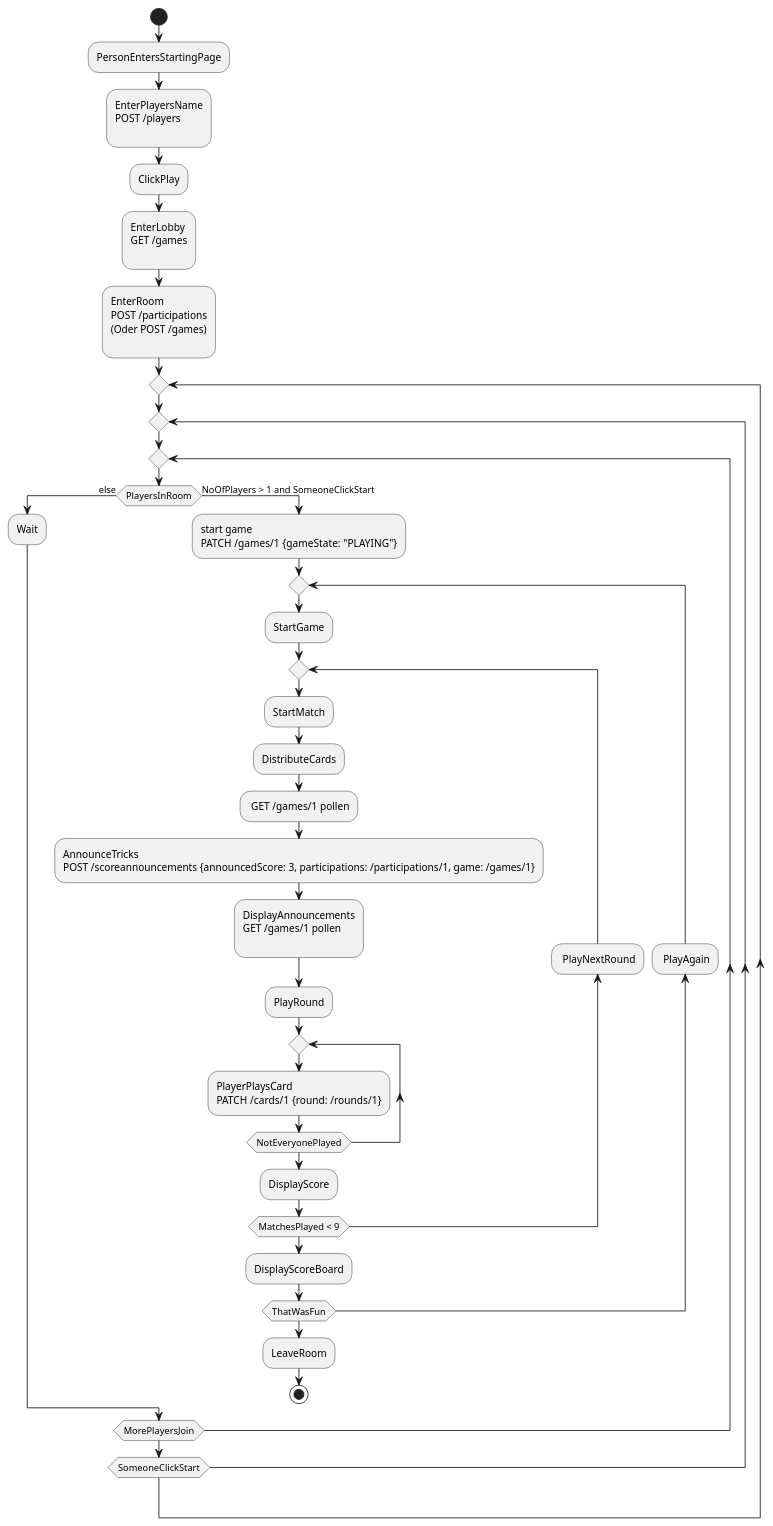
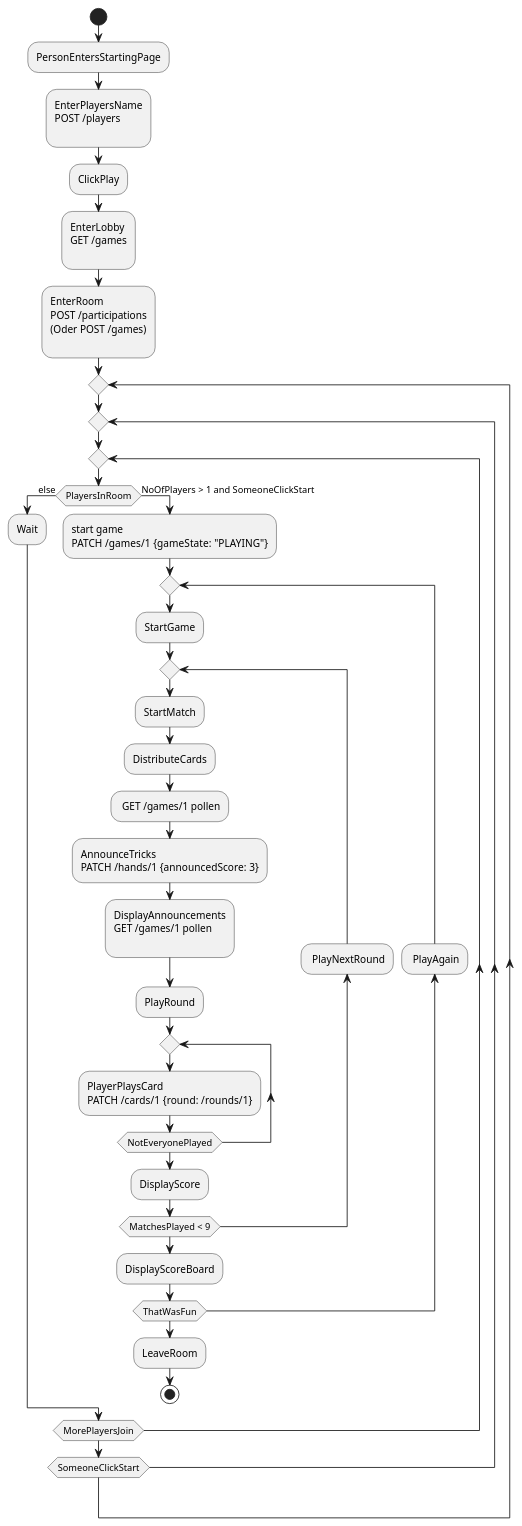
One commit to sopra-fs22-group-36/screw-your-neighbor-server changed the diagram in doc/m2/uml/activity_requests_diagram.puml. Above: the diagram before and after it, drawn with PlantUML. The commit also changed 7 other files, not shown here.

First line of the commit message:
hand: add property announcedScore

```diff
--- a/doc/m2/uml/activity_requests_diagram.puml
+++ b/doc/m2/uml/activity_requests_diagram.puml
@@ -1,58 +1,58 @@
 @startuml
 'https://plantuml.com/activity-diagram-beta
 
 start
 :PersonEntersStartingPage;
 :EnterPlayersName
 POST /players
 ;
 :ClickPlay;
 :EnterLobby
 GET /games
 ;
 'if (EnterRoom) then (CreateNewRoom)
     ':CreateNewRoom;
 'else (ExistingRoom)
     ':EnterExistingRoom;
 'endif
 :EnterRoom
 POST /participations
 (Oder POST /games)
 ;
 repeat
 repeat
 repeat
     if (PlayersInRoom) then (else)
         :Wait;
     else (NoOfPlayers > 1 and SomeoneClickStart)
         :start game
         PATCH /games/1 {gameState: "PLAYING"};
         repeat
         :StartGame;
         repeat
             :StartMatch;
             :DistributeCards;
             : GET /games/1 pollen;
             :AnnounceTricks
-            POST /scoreannouncements {announcedScore: 3, participations: /participations/1, game: /games/1};
+            PATCH /hands/1 {announcedScore: 3};
             :DisplayAnnouncements
             GET /games/1 pollen
             ;
             :PlayRound;
             repeat
             :PlayerPlaysCard
             PATCH /cards/1 {round: /rounds/1};
             repeat while (NotEveryonePlayed)
             :DisplayScore;
             backward: PlayNextRound;
         repeat while (MatchesPlayed < 9)
         :DisplayScoreBoard;
         backward: PlayAgain;
         repeat while (ThatWasFun)
         :LeaveRoom;
         stop
     endif
 repeat while (MorePlayersJoin)
 repeat while (SomeoneClickStart)
 
 @enduml
```
